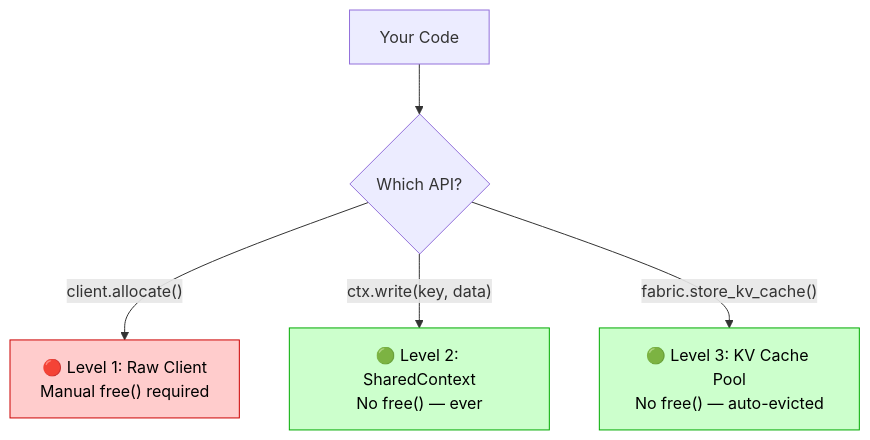
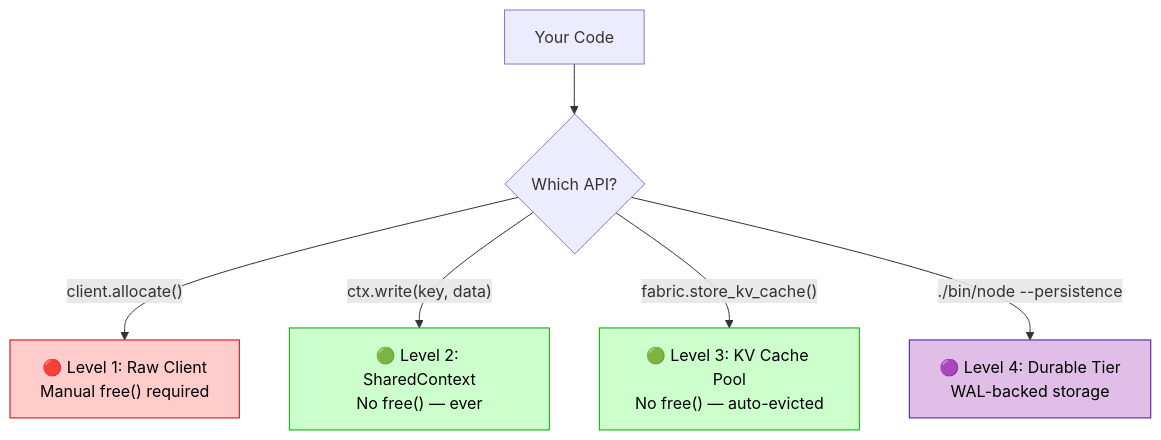
Before and after one commit to golightstep/superbrainSdk: the first of 4 diagrams in DOCUMENTATION.md, drawn with Mermaid. The commit also changed other lines of this file and 3 other files, not shown here.

Commit message:
docs: sync V3.0.0-cognitive documentation and roadmap across all SDK layers

````diff
--- a/DOCUMENTATION.md
+++ b/DOCUMENTATION.md
@@ -46,11 +46,13 @@
 ```mermaid
 graph TD
     A["Your Code"] --> B{"Which API?"}
     B -->|"client.allocate()"| C["🔴 Level 1: Raw Client\nManual free() required"]
     B -->|"ctx.write(key, data)"| D["🟢 Level 2: SharedContext\nNo free() — ever"]
     B -->|"fabric.store_kv_cache()"| E["🟢 Level 3: KV Cache Pool\nNo free() — auto-evicted"]
+    B -->|"./bin/node --persistence"| F["🟣 Level 4: Durable Tier\nWAL-backed storage"]
 
     style C fill:#ffcccc,stroke:#cc0000,color:#000
     style D fill:#ccffcc,stroke:#00aa00,color:#000
     style E fill:#ccffcc,stroke:#00aa00,color:#000
+    style F fill:#e1bee7,stroke:#4a148c,color:#000
 ```
````
